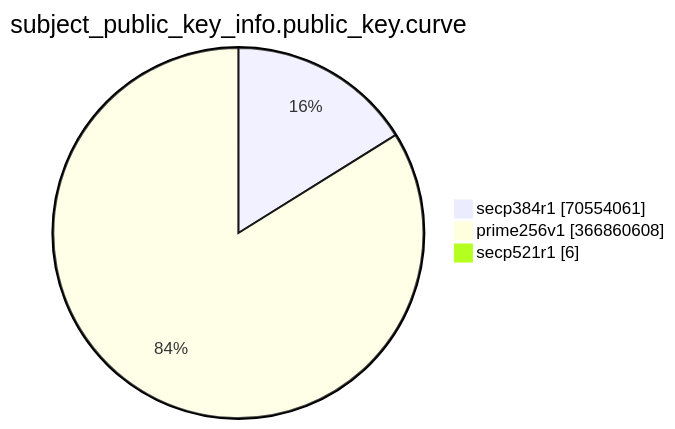
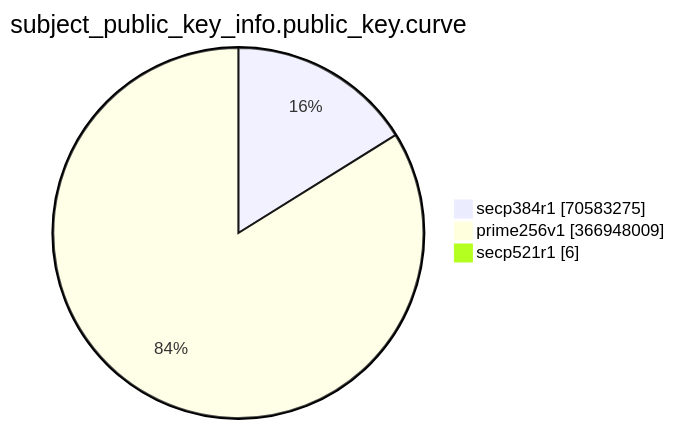
One commit to christiankrug/ctmonitor_visualization changed the eighth of 15 diagrams in TOTAL/README.md. Above: the diagram before and after it, drawn with Mermaid. The commit also changed other lines of this file, not shown here.

````diff
--- a/TOTAL/README.md
+++ b/TOTAL/README.md
@@ -3094,7 +3094,7 @@
 ```mermaid
 pie showData
 title subject_public_key_info.public_key.curve
-"secp384r1" :70554061
-"prime256v1" :366860608
+"secp384r1" :70583275
+"prime256v1" :366948009
 "secp521r1" :6
 ```
````
